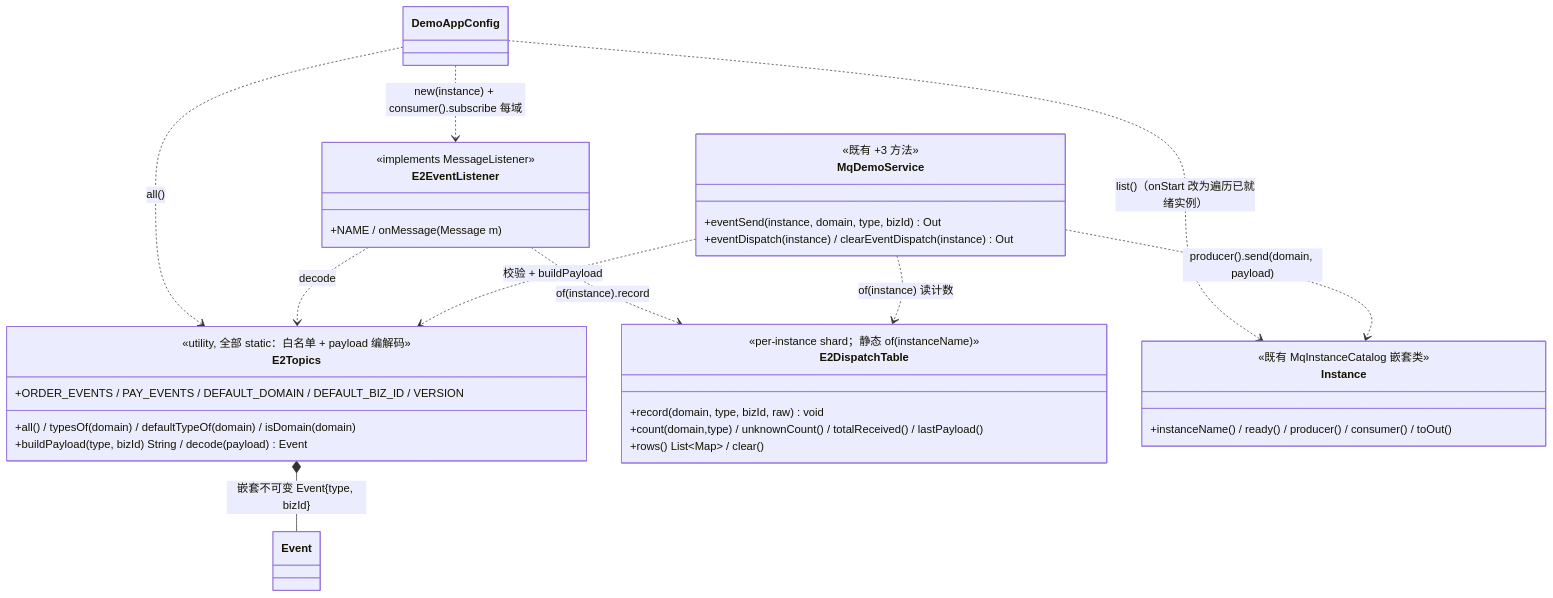
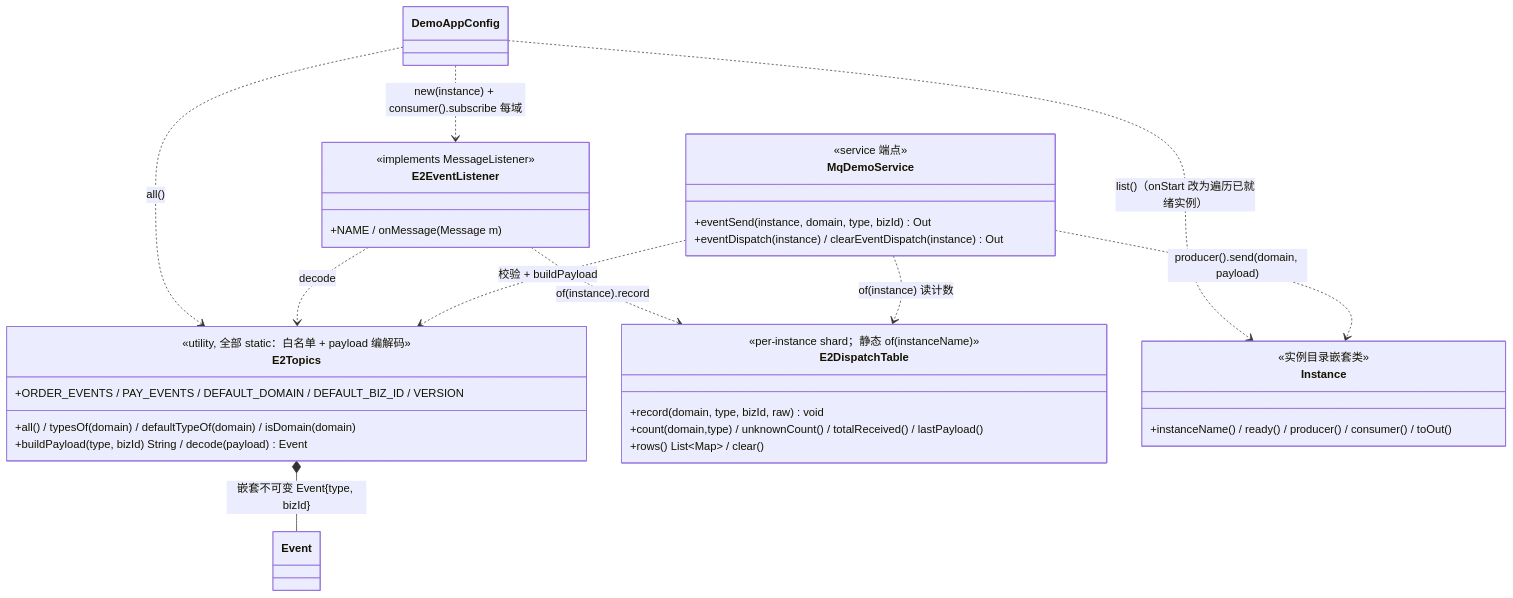
Before and after one commit to gollyhu/aifei-eco-modules: the first of 2 diagrams in aifei-mq-demo/docs/aifei-mq-demo/design-e2.md, drawn with Mermaid. The commit also changed other lines of this file and 99 other files, not shown here.

````diff
--- a/aifei-mq-demo/docs/aifei-mq-demo/design-e2.md
+++ b/aifei-mq-demo/docs/aifei-mq-demo/design-e2.md
@@ -39,37 +20,37 @@
 ```mermaid
 classDiagram
     class E2Topics {
         <<utility, 全部 static：白名单 + payload 编解码>>
         +ORDER_EVENTS / PAY_EVENTS / DEFAULT_DOMAIN / DEFAULT_BIZ_ID / VERSION
         +all() / typesOf(domain) / defaultTypeOf(domain) / isDomain(domain)
         +buildPayload(type, bizId) String / decode(payload) Event
     }
     class E2DispatchTable {
         <<per-instance shard；静态 of(instanceName)>>
         +record(domain, type, bizId, raw) void
         +count(domain,type) / unknownCount() / totalReceived() / lastPayload()
         +rows() List~Map~ / clear()
     }
     class E2EventListener {
         <<implements MessageListener>>
         +NAME / onMessage(Message m)
     }
     class MqDemoService {
-        <<既有 +3 方法>>
+        <<service 端点>>
         +eventSend(instance, domain, type, bizId) Out
         +eventDispatch(instance) / clearEventDispatch(instance) Out
     }
     class Instance {
-        <<既有 MqInstanceCatalog 嵌套类>>
+        <<实例目录嵌套类>>
         +instanceName() / ready() / producer() / consumer() / toOut()
     }
     E2Topics *-- Event : 嵌套不可变 Event{type, bizId}
     DemoAppConfig ..> Instance : list()（onStart 改为遍历已就绪实例）
     DemoAppConfig ..> E2Topics : all()
     DemoAppConfig ..> E2EventListener : new(instance) + consumer().subscribe 每域
     E2EventListener ..> E2Topics : decode
     E2EventListener ..> E2DispatchTable : of(instance).record
     MqDemoService ..> E2Topics : 校验 + buildPayload
     MqDemoService ..> E2DispatchTable : of(instance) 读计数
     MqDemoService ..> Instance : producer().send(domain, payload)
 ```
````
